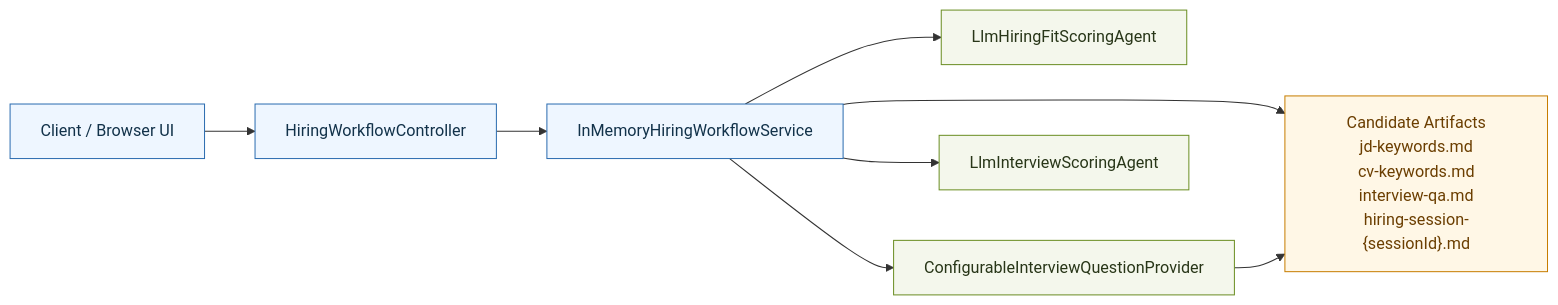
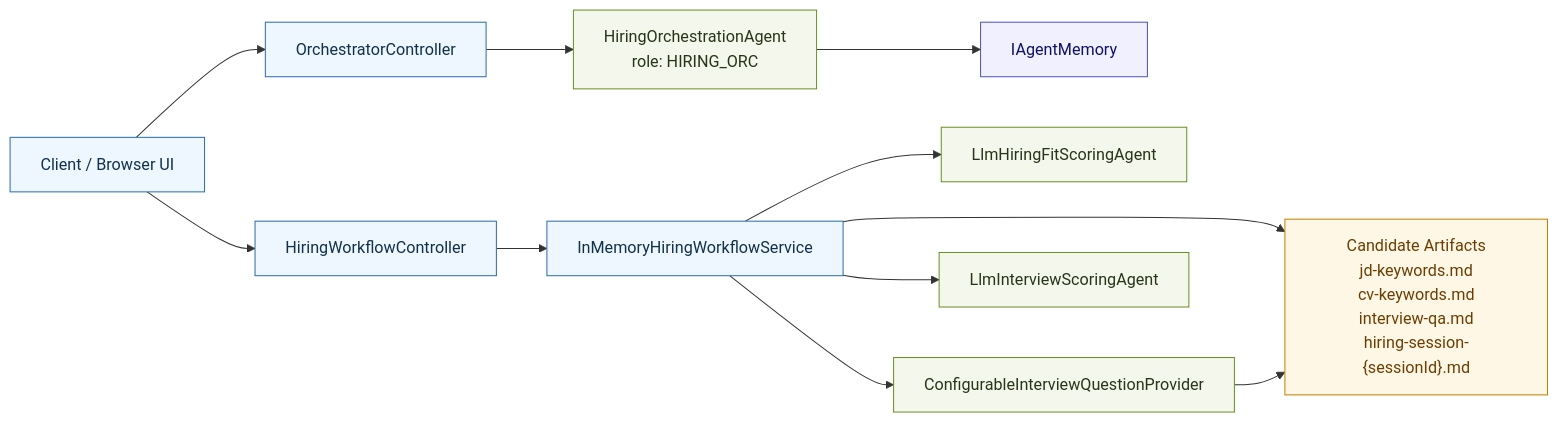
Before and after one commit to thanhtungngn/PM_Agent: the first of 2 diagrams in docs/hiring-workflow.md, drawn with Mermaid. The commit also changed other lines of this file and 3 other files, not shown here.

First line of the commit message:
docs: comprehensive documentation update covering hiring workflow, HiringOrchestrationAgent, IAgentMemory, LLM-driven routing, LlmAgentPlanner, and ReAct pattern

````diff
--- a/docs/hiring-workflow.md
+++ b/docs/hiring-workflow.md
@@ -98,26 +128,34 @@
 ```mermaid
 flowchart LR
    UI[Client / Browser UI]
    API[HiringWorkflowController]
+   ORC[OrchestratorController]
    WF[InMemoryHiringWorkflowService]
+   HORC[HiringOrchestrationAgent\nrole: HIRING_ORC]
+   MEM[IAgentMemory]
    FIT[LlmHiringFitScoringAgent]
    QP[ConfigurableInterviewQuestionProvider]
    SCORE[LlmInterviewScoringAgent]
    FILES["Candidate Artifacts\njd-keywords.md\ncv-keywords.md\ninterview-qa.md\nhiring-session-{sessionId}.md"]
 
    UI --> API
+   UI --> ORC
    API --> WF
+   ORC --> HORC
    WF --> FIT
    WF --> QP
    WF --> SCORE
    WF --> FILES
    QP --> FILES
+   HORC --> MEM
 
    classDef runtime fill:#eef6ff,stroke:#2b6cb0,color:#12324a;
    classDef reasoning fill:#f4f7ec,stroke:#6b8e23,color:#283618;
    classDef storage fill:#fff7e6,stroke:#c77d00,color:#6b3e00;
+   classDef memory fill:#f0f0ff,stroke:#5050cc,color:#111166;
 
-   class UI,API,WF runtime;
-   class FIT,QP,SCORE reasoning;
+   class UI,API,ORC,WF runtime;
+   class FIT,QP,SCORE,HORC reasoning;
    class FILES storage;
+   class MEM memory;
 ```
````
